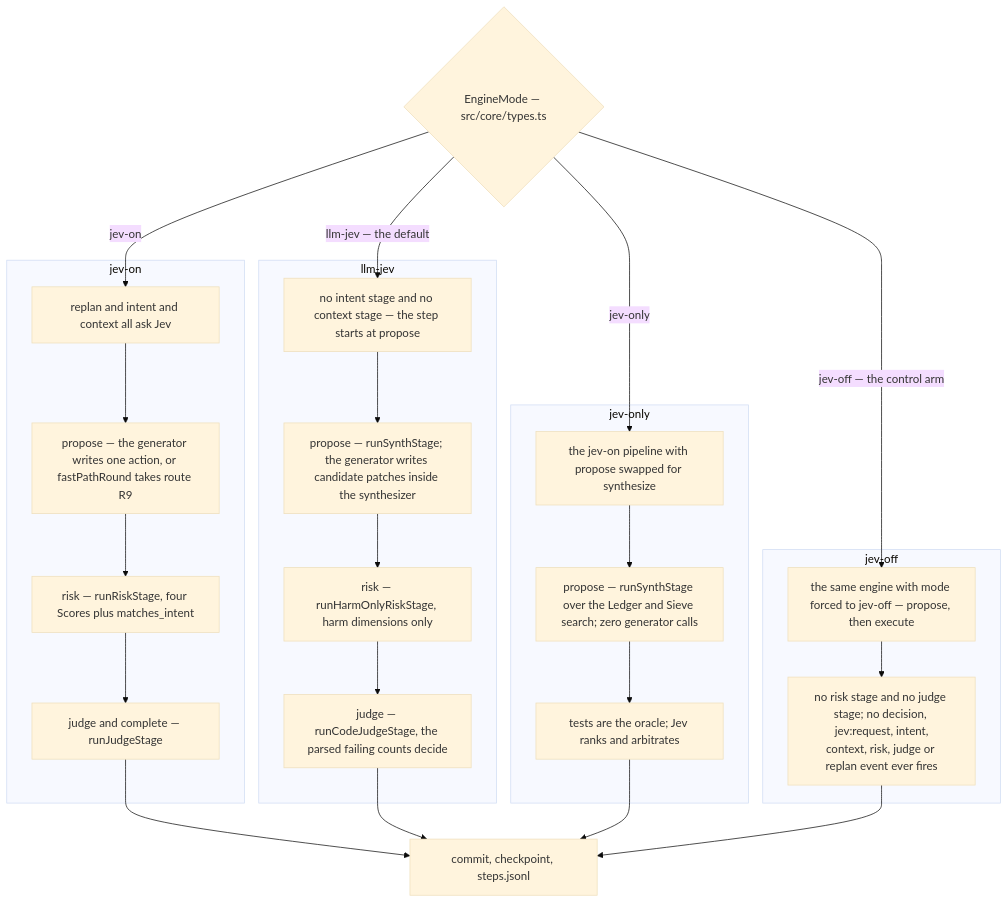
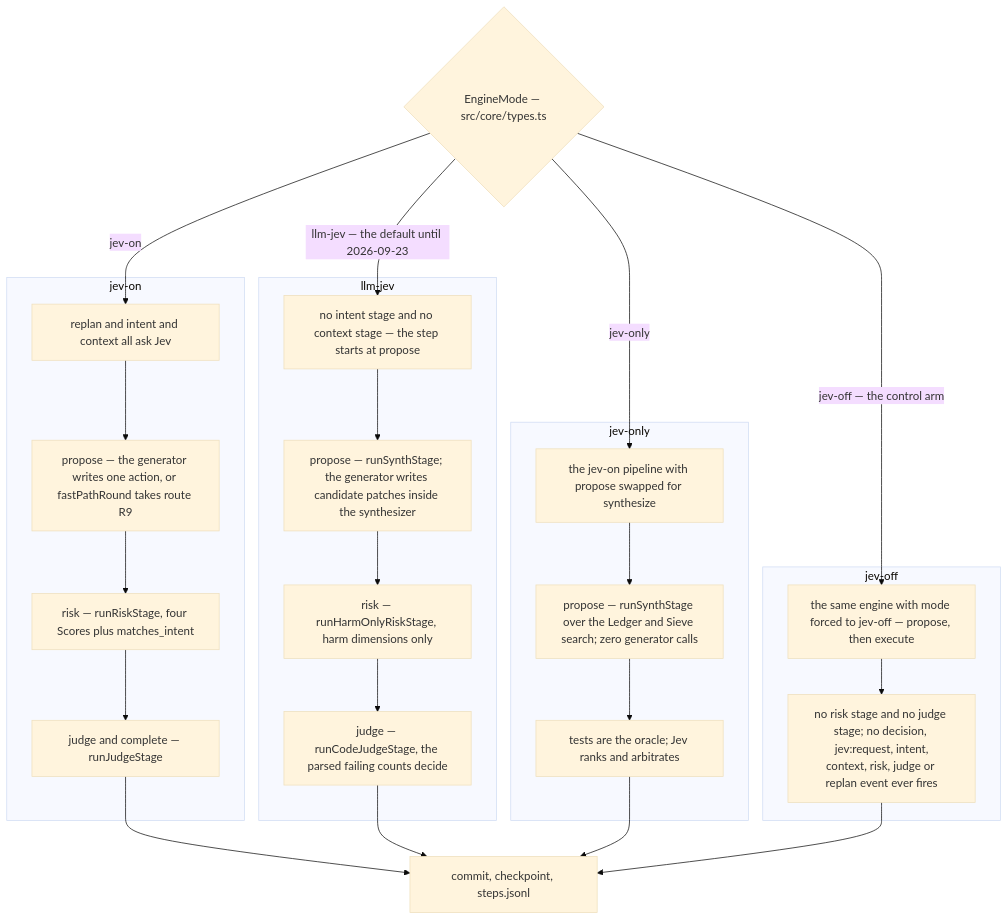
Before and after one commit to coasty-ai/JevCode: the second of 2 diagrams in docs/architecture/step-loop.md, drawn with Mermaid (base theme). The commit also changed other lines of this file and 12 other files, not shown here.

First line of the commit message:
docs(architecture,concepts): the agent loop page; Jev at the edges; the step loop and synthesizer as the legacy modes' engine

````diff
--- a/docs/architecture/step-loop.md
+++ b/docs/architecture/step-loop.md
@@ -91,39 +101,39 @@
 ```mermaid
 flowchart TD
   MODE{"EngineMode — src/core/types.ts"}
   MODE -->|"jev-on"| ON1
-  MODE -->|"llm-jev — the default"| LJ1
+  MODE -->|"llm-jev — the default until 2026-09-23"| LJ1
   MODE -->|"jev-only"| JO1
   MODE -->|"jev-off — the control arm"| OF1
 
   subgraph sg_on["jev-on"]
     ON1["replan and intent and context all ask Jev"]
     ON2["propose — the generator writes one action, or fastPathRound takes route R9"]
     ON3["risk — runRiskStage, four Scores plus matches_intent"]
     ON4["judge and complete — runJudgeStage"]
     ON1 --> ON2 --> ON3 --> ON4
   end
   subgraph sg_lj["llm-jev"]
     LJ1["no intent stage and no context stage — the step starts at propose"]
     LJ2["propose — runSynthStage; the generator writes candidate patches inside the synthesizer"]
     LJ3["risk — runHarmOnlyRiskStage, harm dimensions only"]
     LJ4["judge — runCodeJudgeStage, the parsed failing counts decide"]
     LJ1 --> LJ2 --> LJ3 --> LJ4
   end
   subgraph sg_jo["jev-only"]
     JO1["the jev-on pipeline with propose swapped for synthesize"]
     JO2["propose — runSynthStage over the Ledger and Sieve search; zero generator calls"]
     JO3["tests are the oracle; Jev ranks and arbitrates"]
     JO1 --> JO2 --> JO3
   end
   subgraph sg_of["jev-off"]
     OF1["the same engine with mode forced to jev-off — propose, then execute"]
     OF2["no risk stage and no judge stage; no decision, jev:request, intent,<br/>context, risk, judge or replan event ever fires"]
     OF1 --> OF2
   end
 
   ON4 --> COMMIT["commit, checkpoint, steps.jsonl"]
   LJ4 --> COMMIT
   JO3 --> COMMIT
   OF2 --> COMMIT
 ```
````
